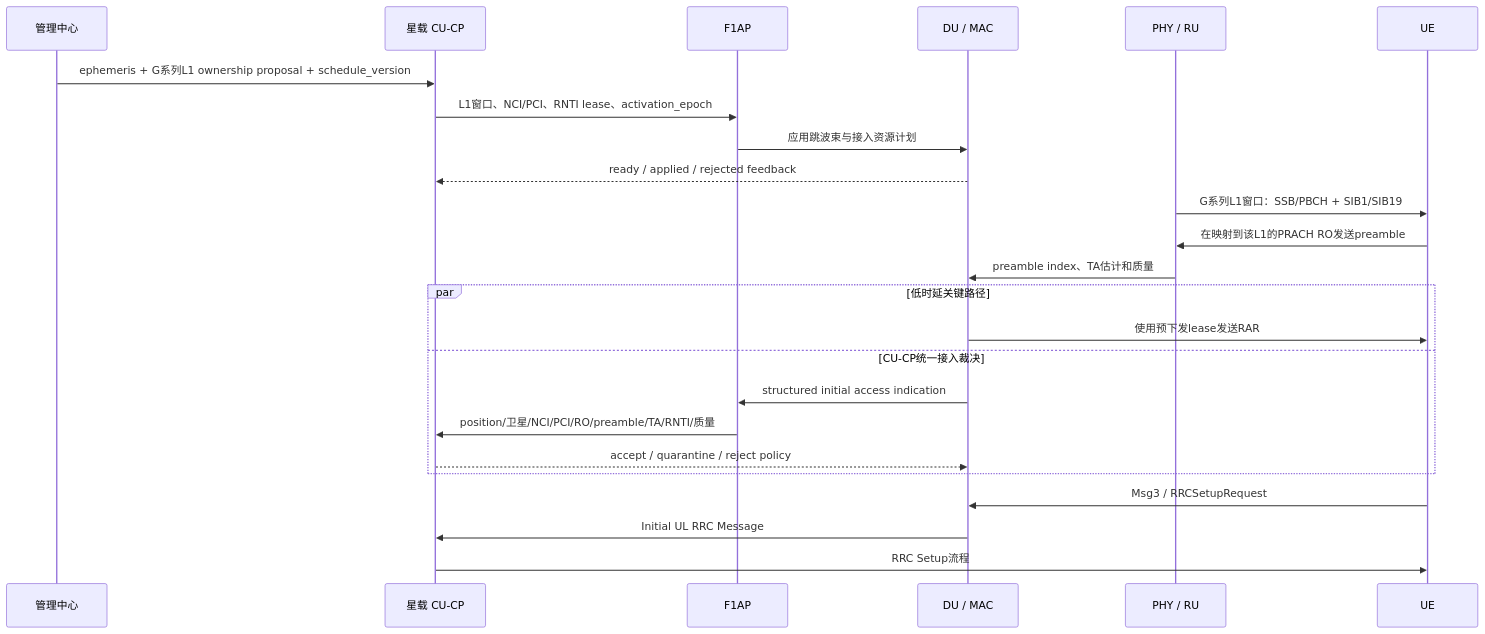
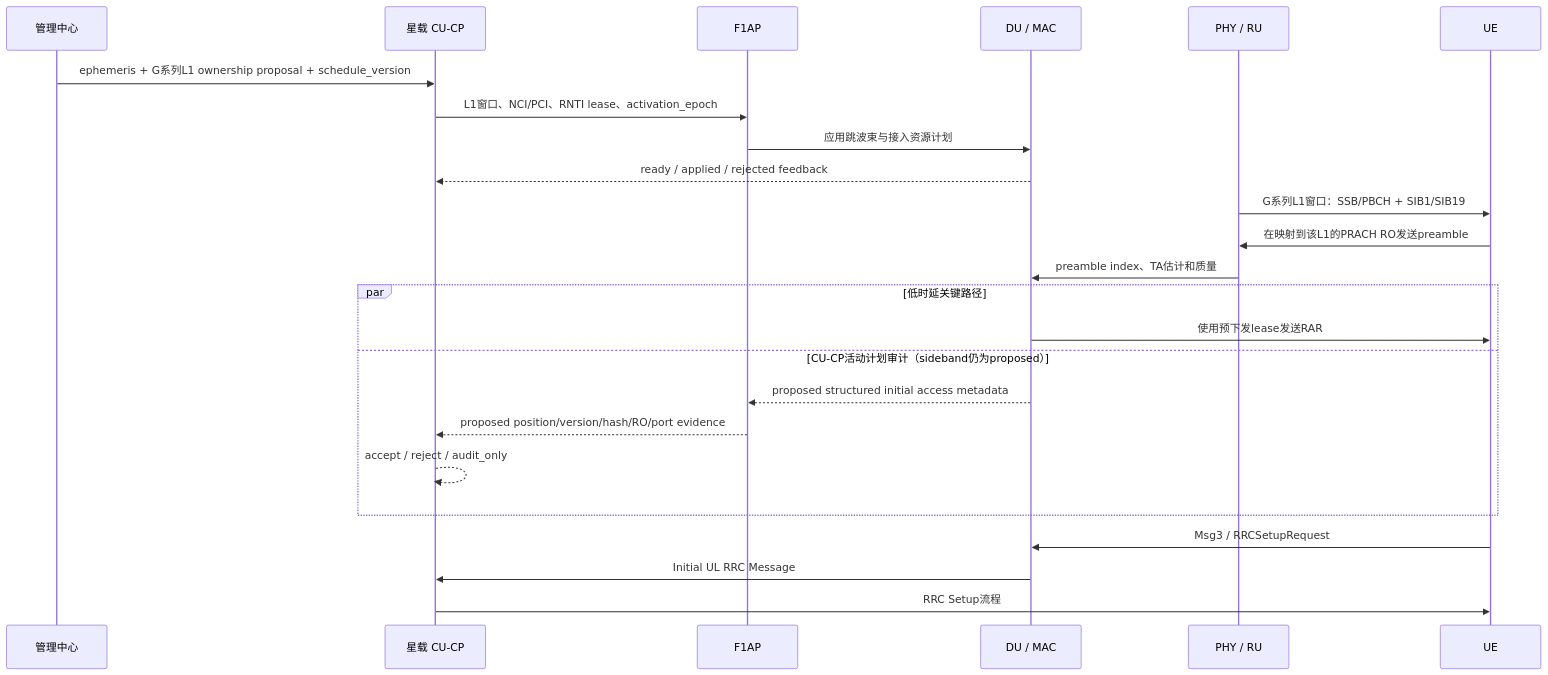
The diagram in docs/ntn_beam_hopping_access_plan.md (13730100881bu-bot/SrsRAN_NTN_G1), drawn with Mermaid before and after one commit. The commit also changed other lines of this file and 8 other files, not shown here.

````diff
--- a/docs/ntn_beam_hopping_access_plan.md
+++ b/docs/ntn_beam_hopping_access_plan.md
@@ -78,27 +78,27 @@
 ```mermaid
 sequenceDiagram
     participant MC as 管理中心
     participant CU as 星载 CU-CP
     participant F1 as F1AP
     participant DU as DU / MAC
     participant PHY as PHY / RU
     participant UE as UE
 
     MC->>CU: ephemeris + G系列L1 ownership proposal + schedule_version
     CU->>F1: L1窗口、NCI/PCI、RNTI lease、activation_epoch
     F1->>DU: 应用跳波束与接入资源计划
     DU-->>CU: ready / applied / rejected feedback
     PHY->>UE: G系列L1窗口：SSB/PBCH + SIB1/SIB19
     UE->>PHY: 在映射到该L1的PRACH RO发送preamble
     PHY->>DU: preamble index、TA估计和质量
     par 低时延关键路径
         DU->>UE: 使用预下发lease发送RAR
-    and CU-CP统一接入裁决
-        DU->>F1: structured initial access indication
-        F1->>CU: position/卫星/NCI/PCI/RO/preamble/TA/RNTI/质量
-        CU-->>DU: accept / quarantine / reject policy
+    and CU-CP活动计划审计（sideband仍为proposed）
+        DU-->>F1: proposed structured initial access metadata
+        F1-->>CU: proposed position/version/hash/RO/port evidence
+        CU-->>CU: accept / reject / audit_only
     end
     UE->>DU: Msg3 / RRCSetupRequest
     DU->>CU: Initial UL RRC Message
     CU->>UE: RRC Setup流程
 ```
````
